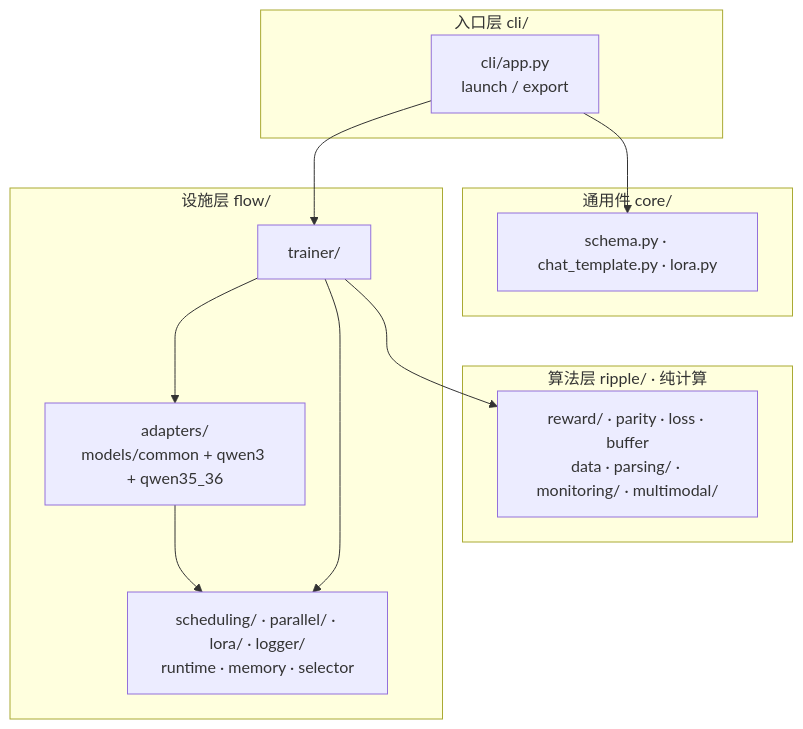
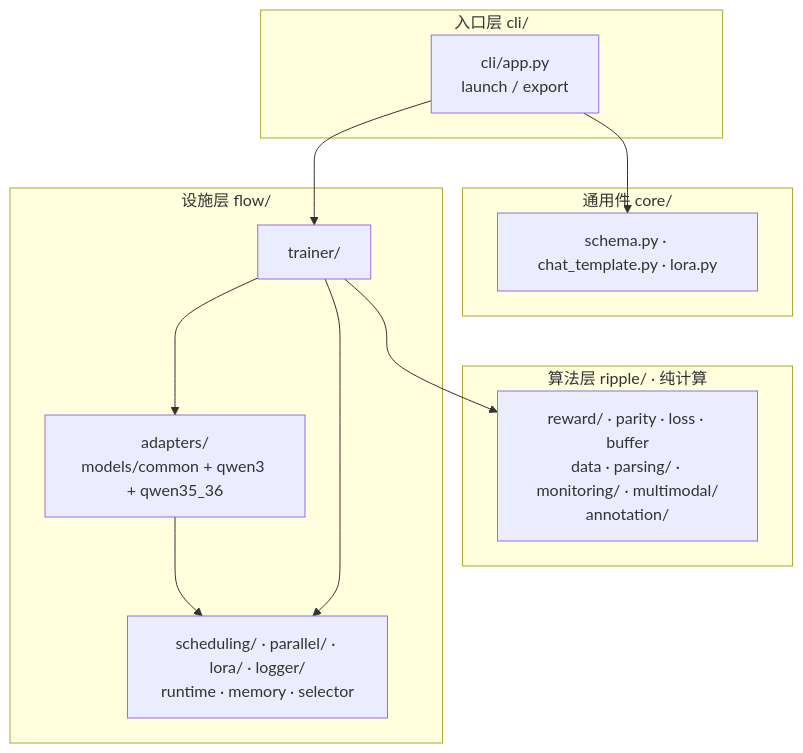
Before and after one commit to godthrone/graspo: the first of 4 diagrams in docs/architecture.md, drawn with Mermaid. The commit also changed other lines of this file and 6 other files, not shown here.

````diff
--- a/docs/architecture.md
+++ b/docs/architecture.md
@@ -13,23 +13,23 @@
 ```mermaid
 flowchart TB
     subgraph L0 ["入口层 cli/"]
         CLI["cli/app.py<br/>launch / export"]
     end
     subgraph L1 ["算法层 ripple/ · 纯计算"]
-        R["reward/ · parity · loss · buffer<br/>data · parsing/ · monitoring/ · multimodal/"]
+        R["reward/ · parity · loss · buffer<br/>data · parsing/ · monitoring/ · multimodal/<br/>annotation/"]
     end
     subgraph L2 ["通用件 core/"]
         C["schema.py · chat_template.py · lora.py"]
     end
     subgraph L3 ["设施层 flow/"]
         T["trainer/"]
         A["adapters/<br/>models/common + qwen3 + qwen35_36"]
         S["scheduling/ · parallel/ · lora/ · logger/<br/>runtime · memory · selector"]
     end
     CLI --> C
     CLI --> T
     T --> R
     T --> A
     A --> S
     T --> S
 ```
````
